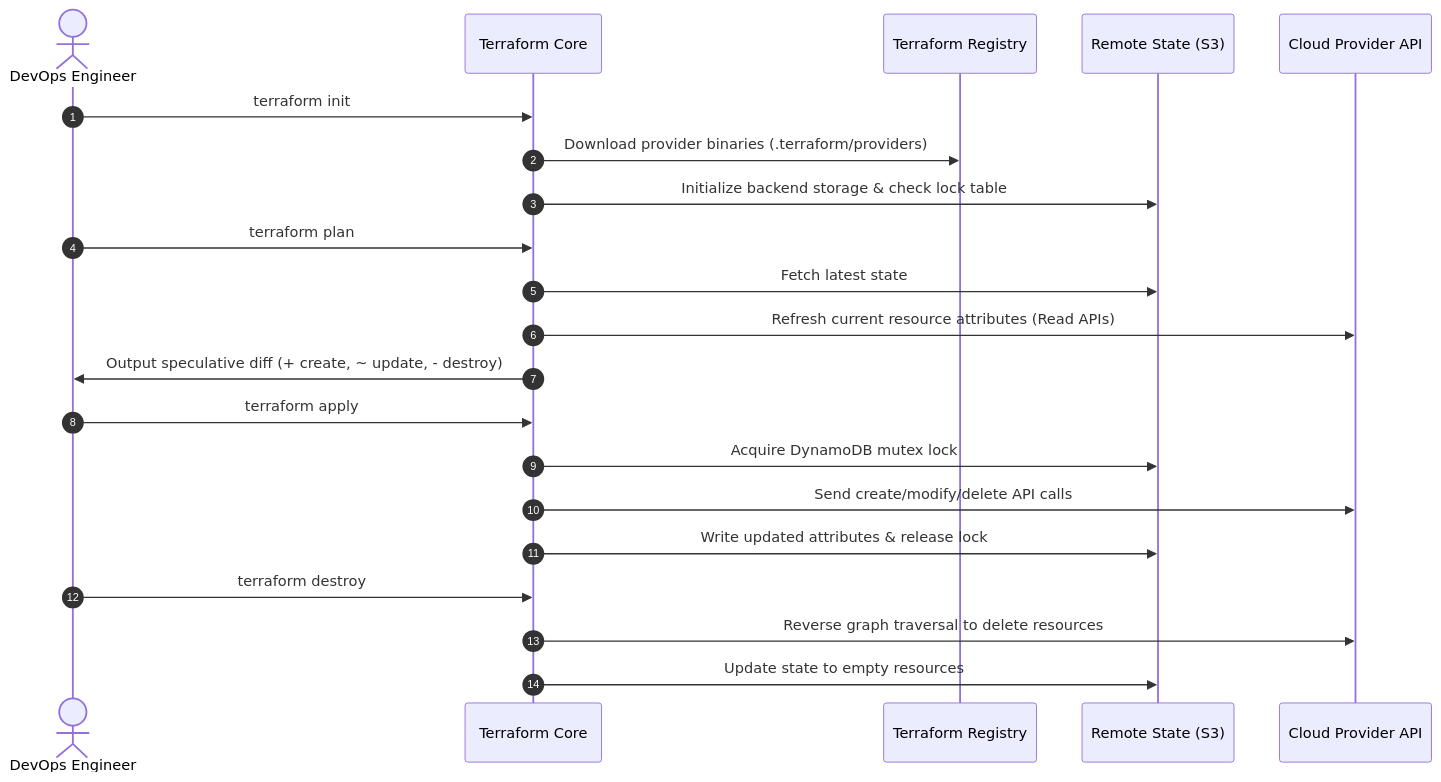
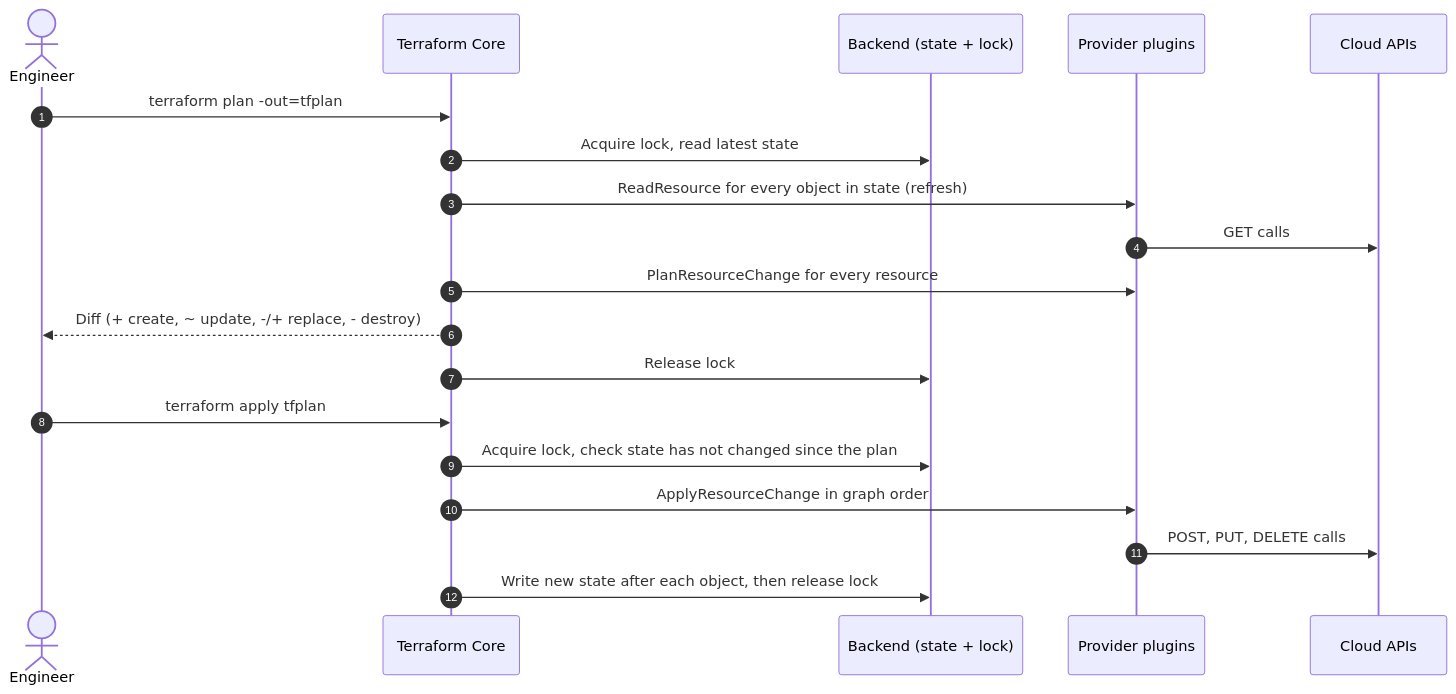
The ninth of 28 diagrams in README.md (TheLearningHubOrg/learn-terraform), drawn with Mermaid before and after one commit. The commit also changed other lines of this file and 31 other files, not shown here.

````diff
--- a/README.md
+++ b/README.md
@@ -145,27 +712,22 @@
 ```mermaid
 sequenceDiagram
     autonumber
-    actor Engineer as DevOps Engineer
+    actor Eng as Engineer
     participant Core as Terraform Core
-    participant Reg as Terraform Registry
-    participant State as Remote State (S3)
-    participant Cloud as Cloud Provider API
+    participant State as Backend (state + lock)
+    participant Prov as Provider plugins
+    participant API as Cloud APIs
 
-    Engineer->>Core: terraform init
-    Core->>Reg: Download provider binaries (.terraform/providers)
-    Core->>State: Initialize backend storage & check lock table
-
-    Engineer->>Core: terraform plan
-    Core->>State: Fetch latest state
-    Core->>Cloud: Refresh current resource attributes (Read APIs)
-    Core->>Engineer: Output speculative diff (+ create, ~ update, - destroy)
-
-    Engineer->>Core: terraform apply
-    Core->>State: Acquire DynamoDB mutex lock
-    Core->>Cloud: Send create/modify/delete API calls
-    Core->>State: Write updated attributes & release lock
-
-    Engineer->>Core: terraform destroy
-    Core->>Cloud: Reverse graph traversal to delete resources
-    Core->>State: Update state to empty resources
+    Eng->>Core: terraform plan -out=tfplan
+    Core->>State: Acquire lock, read latest state
+    Core->>Prov: ReadResource for every object in state (refresh)
+    Prov->>API: GET calls
+    Core->>Prov: PlanResourceChange for every resource
+    Core-->>Eng: Diff (+ create, ~ update, -/+ replace, - destroy)
+    Core->>State: Release lock
+    Eng->>Core: terraform apply tfplan
+    Core->>State: Acquire lock, check state has not changed since the plan
+    Core->>Prov: ApplyResourceChange in graph order
+    Prov->>API: POST, PUT, DELETE calls
+    Core->>State: Write new state after each object, then release lock
 ```
````
